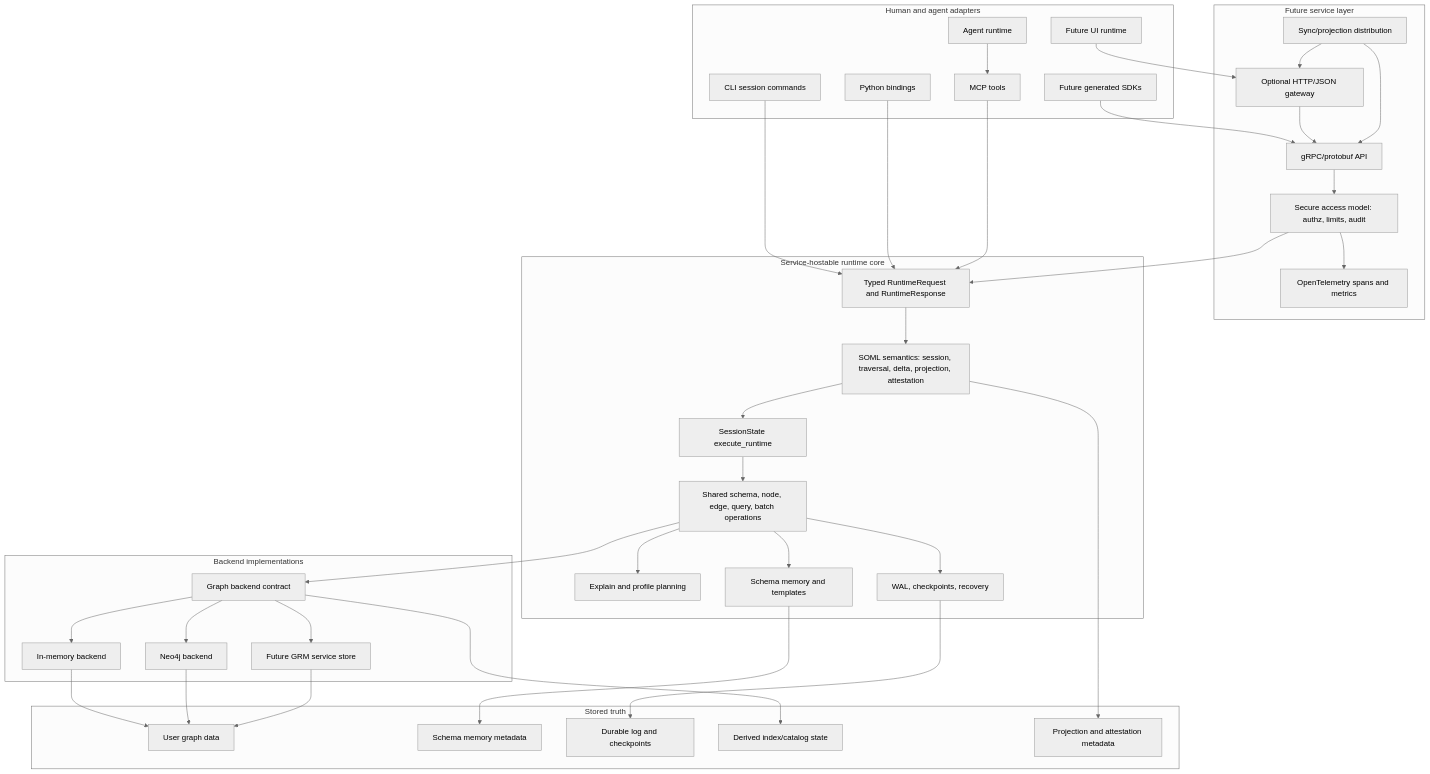
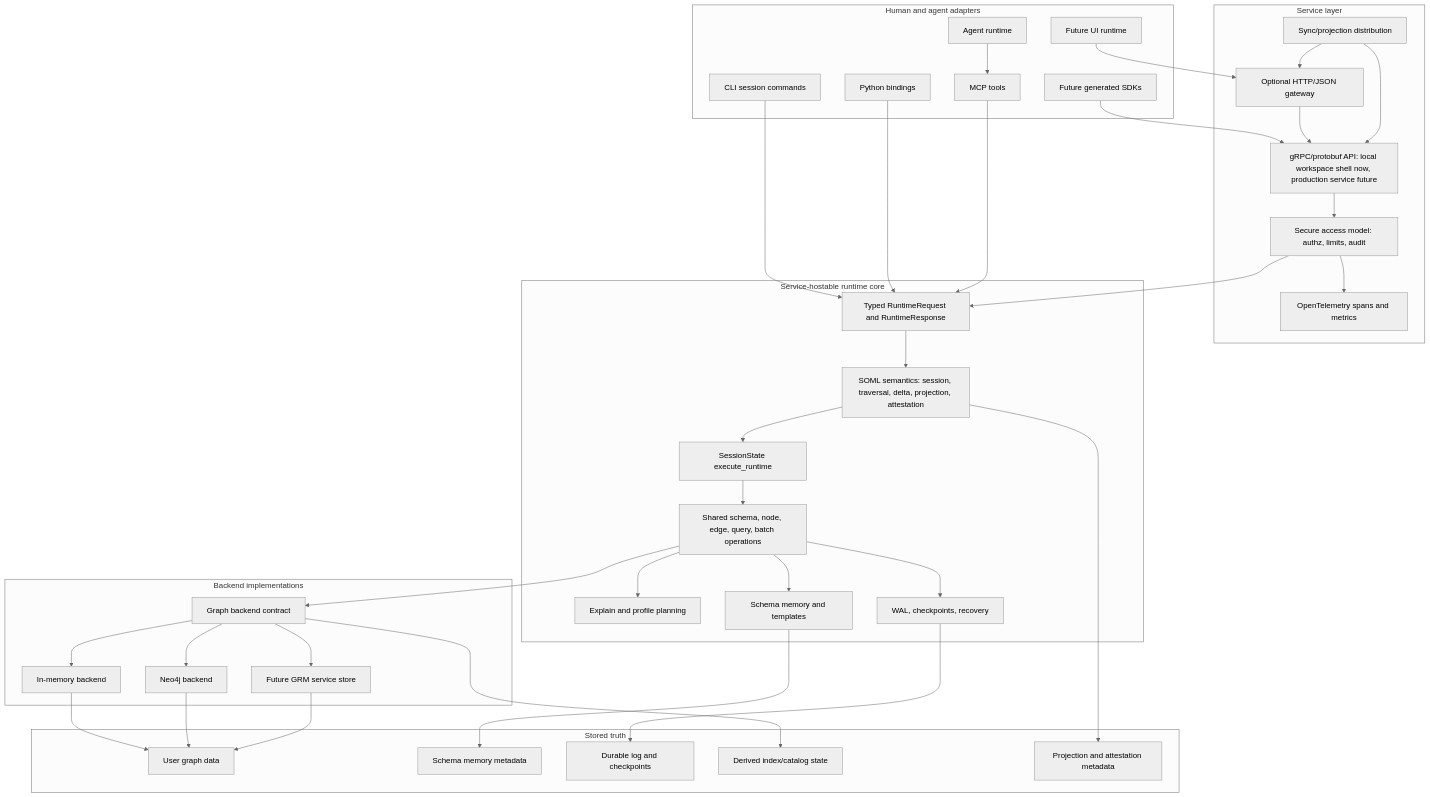
Before and after one commit to poppaLol/grm-rs: the diagram in docs/architecture/aspirational-service-architecture.md, drawn with Mermaid (neutral theme). The commit also changed other lines of this file and 2 other files, not shown here.

Commit message:
docs clarify service workspace boundary

````diff
--- a/docs/architecture/aspirational-service-architecture.md
+++ b/docs/architecture/aspirational-service-architecture.md
@@ -70,74 +70,74 @@
 ```mermaid
 flowchart TB
     subgraph Adapters["Human and agent adapters"]
         CLI["CLI session commands"]
         PY["Python bindings"]
         MCP["MCP tools"]
         HTTPUI["Future UI runtime"]
         Agent["Agent runtime"]
         SDK["Future generated SDKs"]
     end
 
-    subgraph Service["Future service layer"]
+    subgraph Service["Service layer"]
         Gateway["Optional HTTP/JSON gateway"]
-        GRPC["gRPC/protobuf API"]
+        GRPC["gRPC/protobuf API: local workspace shell now, production service future"]
         SAM["Secure access model: authz, limits, audit"]
         Telemetry["OpenTelemetry spans and metrics"]
         Sync["Sync/projection distribution"]
     end
 
     subgraph Runtime["Service-hostable runtime core"]
         SOML["SOML semantics: session, traversal, delta, projection, attestation"]
         Requests["Typed RuntimeRequest and RuntimeResponse"]
         Dispatcher["SessionState execute_runtime"]
         Ops["Shared schema, node, edge, query, batch operations"]
         Explain["Explain and profile planning"]
         Durability["WAL, checkpoints, recovery"]
         SchemaMemory["Schema memory and templates"]
     end
 
     subgraph Backends["Backend implementations"]
         BackendTrait["Graph backend contract"]
         Memory["In-memory backend"]
         Neo4j["Neo4j backend"]
         FutureStore["Future GRM service store"]
     end
 
     subgraph Storage["Stored truth"]
         GraphData["User graph data"]
         SchemaStore["Schema memory metadata"]
         WAL["Durable log and checkpoints"]
         Indexes["Derived index/catalog state"]
         ProjectionStore["Projection and attestation metadata"]
     end
 
     CLI --> Requests
     PY --> Requests
     MCP --> Requests
     Agent --> MCP
     HTTPUI --> Gateway
     SDK --> GRPC
     Gateway --> GRPC
     GRPC --> SAM
     SAM --> Requests
     SAM --> Telemetry
     Sync --> Gateway
     Sync --> GRPC
     Requests --> SOML
     SOML --> Dispatcher
     Dispatcher --> Ops
     Ops --> Explain
     Ops --> Durability
     Ops --> SchemaMemory
     Ops --> BackendTrait
     BackendTrait --> Memory
     BackendTrait --> Neo4j
     BackendTrait --> FutureStore
     Memory --> GraphData
     Neo4j --> GraphData
     FutureStore --> GraphData
     SchemaMemory --> SchemaStore
     Durability --> WAL
     BackendTrait --> Indexes
     SOML --> ProjectionStore
 ```
````
